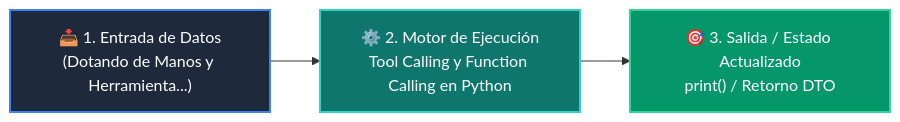
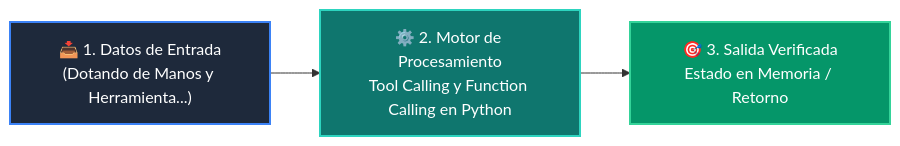
Before and after one commit to wisrovi/wisrovi-python: the diagram in 03-agentes-ia/clase-04-tool-calling-funciones/README.md, drawn with Mermaid. The commit also changed other lines of this file and 226 other files, not shown here.

Commit message:
docs: elevate all repository READMEs to world-class mastery standard with rich pedagogical architecture, custom Mermaids, and professional styling

````diff
--- a/03-agentes-ia/clase-04-tool-calling-funciones/README.md
+++ b/03-agentes-ia/clase-04-tool-calling-funciones/README.md
@@ -12,9 +26,9 @@
 ```mermaid
 flowchart LR
-    A["📥 1. Entrada de Datos<br/>(Dotando de Manos y Herramienta...)"] --> B["⚙️ 2. Motor de Ejecución<br/>Tool Calling y Function Calling en Python"]
-    B --> C["🎯 3. Salida / Estado Actualizado<br/>print() / Retorno DTO"]
+    IN["📥 1. Datos de Entrada<br/>(Dotando de Manos y Herramienta...)"] --> ENG["⚙️ 2. Motor de Procesamiento<br/>Tool Calling y Function Calling en Python"]
+    ENG --> OUT["🎯 3. Salida Verificada<br/>Estado en Memoria / Retorno"]
 
-    style A fill:#1e293b,color:#ffffff,stroke:#3b82f6,stroke-width:2px
-    style B fill:#0f766e,color:#ffffff,stroke:#2dd4bf,stroke-width:2px
-    style C fill:#059669,color:#ffffff,stroke:#34d399,stroke-width:2px
+    style IN fill:#1e293b,color:#ffffff,stroke:#3b82f6,stroke-width:2px
+    style ENG fill:#0f766e,color:#ffffff,stroke:#2dd4bf,stroke-width:2px
+    style OUT fill:#059669,color:#ffffff,stroke:#34d399,stroke-width:2px
 ```
````
